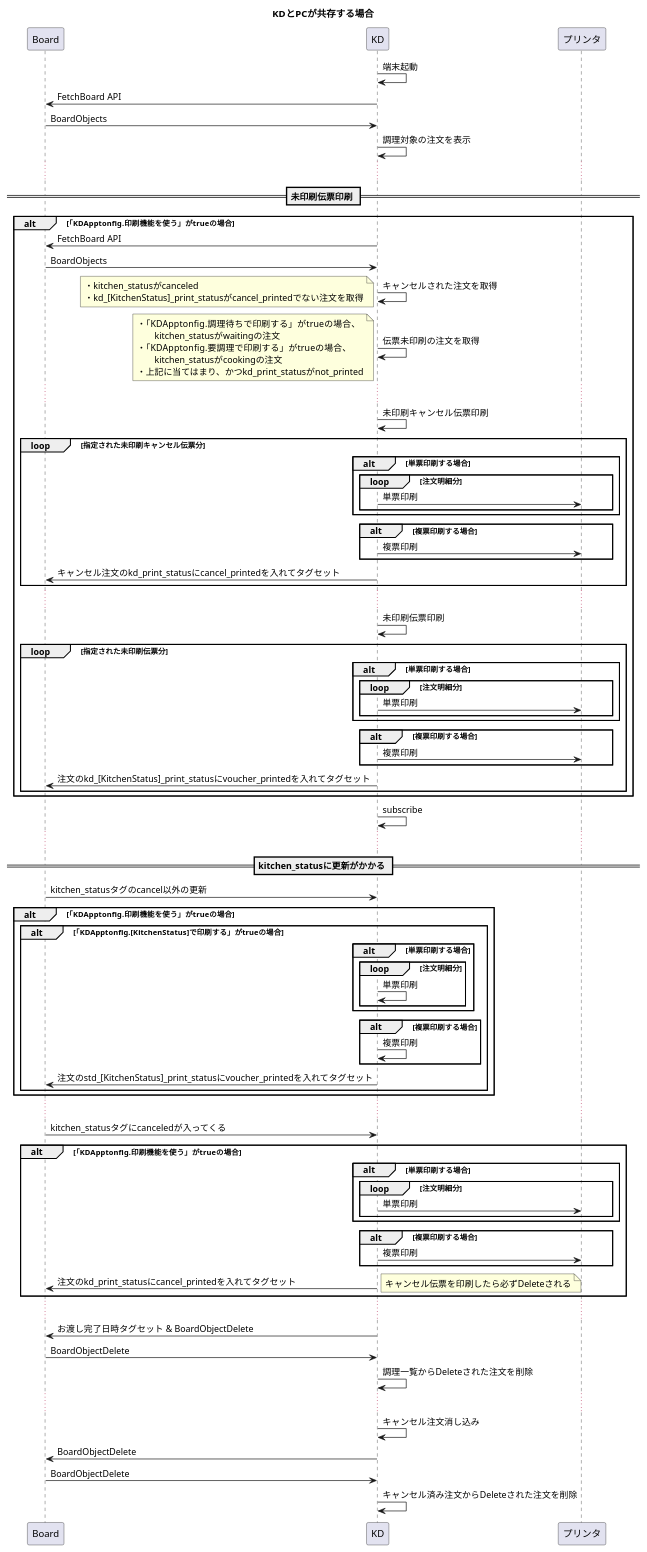
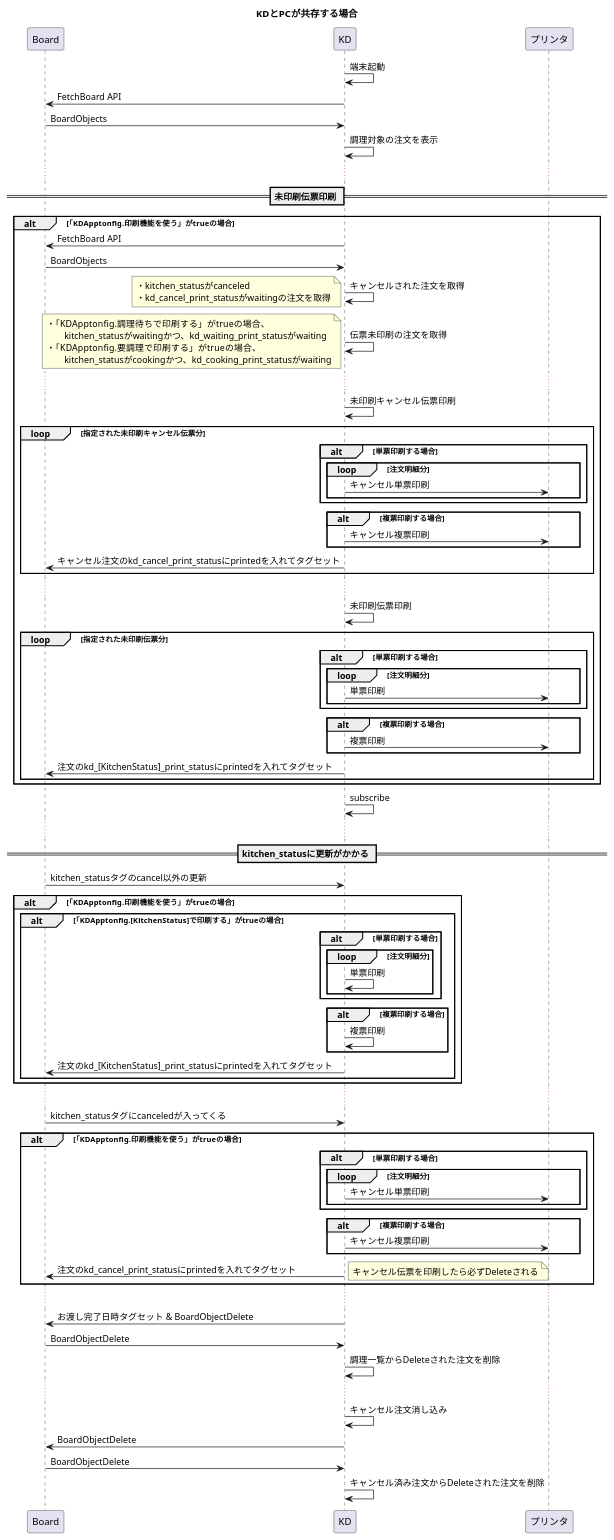
The diagram in instore/pc_with_kd.pu (kmurata08/plantuml-editor), drawn with PlantUML before and after one commit. The commit also changed 2 other files, not shown here.

Commit message:
Edit sequence

```diff
--- a/instore/pc_with_kd.pu
+++ b/instore/pc_with_kd.pu
@@ -1,113 +1,112 @@
 title KDとPCが共存する場合
 
 participant Board as b
 participant KD as k
 participant プリンタ as pt
 
 k -> k: 端末起動
 k -> b: FetchBoard API
 b -> k: BoardObjects
 k -> k: 調理対象の注文を表示
 
 ...
 
 == 未印刷伝票印刷 ==
 alt 「KDApptonfig.印刷機能を使う」がtrueの場合
     k -> b: FetchBoard API
     b -> k: BoardObjects
     k -> k: キャンセルされた注文を取得
     note left
         ・kitchen_statusがcanceled
-        ・kd_[KitchenStatus]_print_statusがcancel_printedでない注文を取得
+        ・kd_cancel_print_statusがwaitingの注文を取得
     end note
 
     k -> k: 伝票未印刷の注文を取得
     note left
         ・「KDApptonfig.調理待ちで印刷する」がtrueの場合、
-        　　kitchen_statusがwaitingの注文
+        　　kitchen_statusがwaitingかつ、kd_waiting_print_statusがwaiting
         ・「KDApptonfig.要調理で印刷する」がtrueの場合、
-        　　kitchen_statusがcookingの注文
-        ・上記に当てはまり、かつkd_print_statusがnot_printed
+        　　kitchen_statusがcookingかつ、kd_cooking_print_statusがwaiting
     end note
 
     ...
 
     k -> k: 未印刷キャンセル伝票印刷
     loop 指定された未印刷キャンセル伝票分
         alt 単票印刷する場合
             loop 注文明細分
-                k -> pt: 単票印刷
+                k -> pt: キャンセル単票印刷
             end
         end
         alt 複票印刷する場合
-            k -> pt: 複票印刷
+            k -> pt: キャンセル複票印刷
         end
-        k -> b: キャンセル注文のkd_print_statusにcancel_printedを入れてタグセット
+        k -> b: キャンセル注文のkd_cancel_print_statusにprintedを入れてタグセット
     end
 
     ...
 
     k -> k: 未印刷伝票印刷
     loop 指定された未印刷伝票分
         alt 単票印刷する場合
             loop 注文明細分
                 k -> pt: 単票印刷
             end
         end
         alt 複票印刷する場合
             k -> pt: 複票印刷
         end
-        k -> b: 注文のkd_[KitchenStatus]_print_statusにvoucher_printedを入れてタグセット
+        k -> b: 注文のkd_[KitchenStatus]_print_statusにprintedを入れてタグセット
     end
 end
 
 k -> k: subscribe
 
 ...
 
 == kitchen_statusに更新がかかる ==
 b -> k: kitchen_statusタグのcancel以外の更新
 alt 「KDApptonfig.印刷機能を使う」がtrueの場合
     alt 「KDApptonfig.[KitchenStatus]で印刷する」がtrueの場合
         alt 単票印刷する場合
             loop 注文明細分
                 k -> k: 単票印刷
             end
         end
         alt 複票印刷する場合
             k -> k: 複票印刷
         end
-        k -> b: 注文のstd_[KitchenStatus]_print_statusにvoucher_printedを入れてタグセット
+        k -> b: 注文のkd_[KitchenStatus]_print_statusにprintedを入れてタグセット
     end
 end
 
 ...
 
 b -> k: kitchen_statusタグにcanceledが入ってくる
 alt 「KDApptonfig.印刷機能を使う」がtrueの場合
         alt 単票印刷する場合
             loop 注文明細分
-                k -> pt: 単票印刷
+                k -> pt: キャンセル単票印刷
             end
         end
         alt 複票印刷する場合
-            k -> pt: 複票印刷
+            k -> pt: キャンセル複票印刷
         end
-    k -> b: 注文のkd_print_statusにcancel_printedを入れてタグセット
+    k -> b: 注文のkd_cancel_print_statusにprintedを入れてタグセット
     note right
         キャンセル伝票を印刷したら必ずDeleteされる
     end note
 end
 
 ...
 
 k -> b: お渡し完了日時タグセット & BoardObjectDelete
 b -> k: BoardObjectDelete
 k -> k: 調理一覧からDeleteされた注文を削除
 
 ...
 
 k -> k: キャンセル注文消し込み
 k -> b: BoardObjectDelete
 b -> k: BoardObjectDelete
 k -> k: キャンセル済み注文からDeleteされた注文を削除
```
